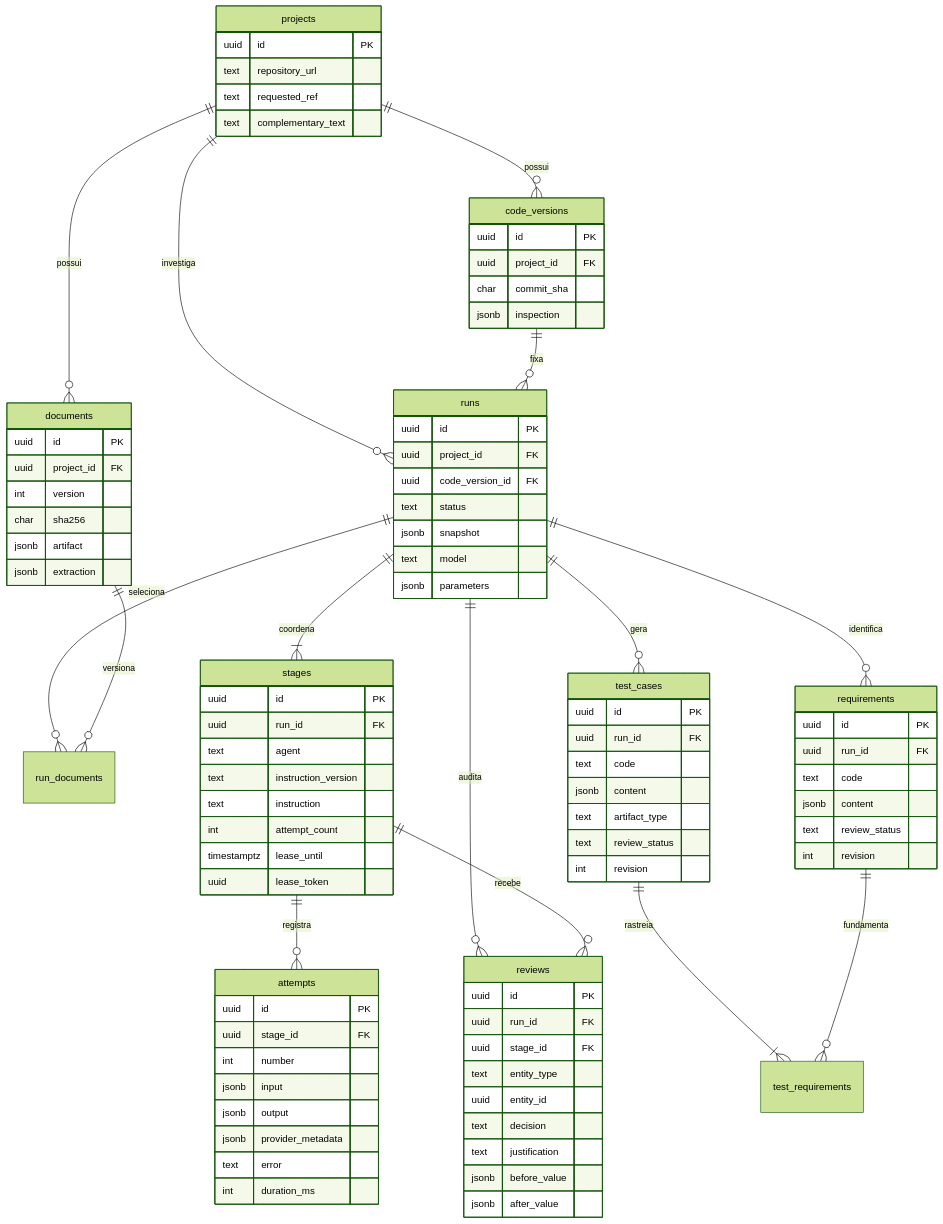
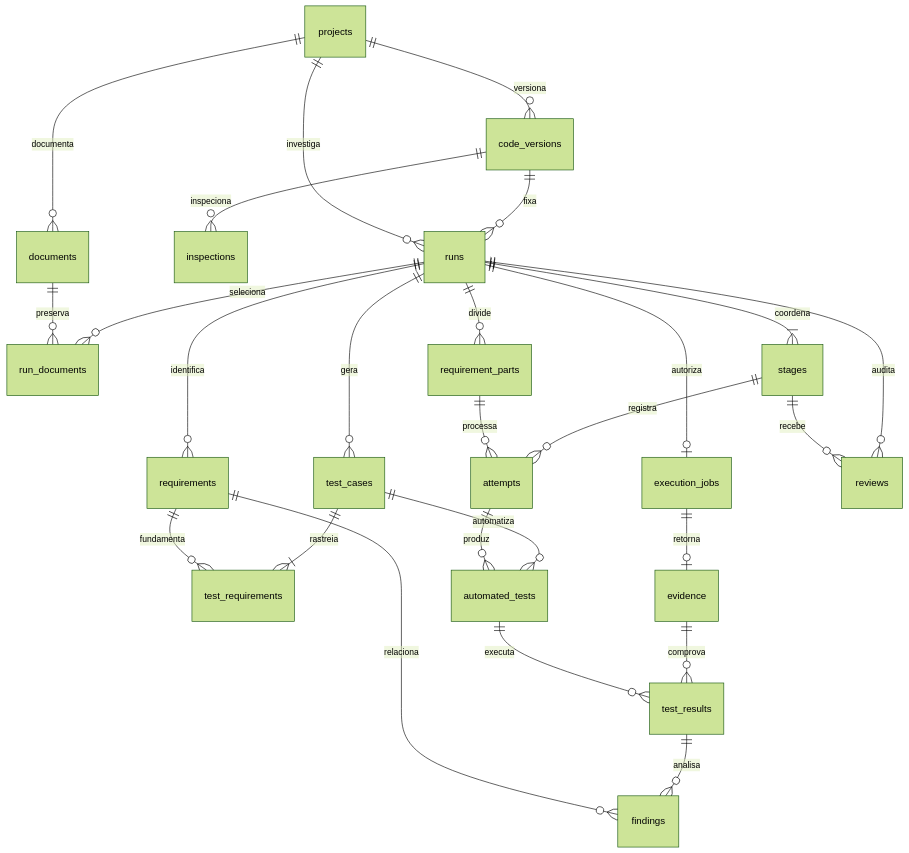
Before and after one commit to lucaasbonfim/tcc: the second of 3 diagrams in docs/ARQUITETURA_PESQUISA.md, drawn with Mermaid (forest theme). The commit also changed other lines of this file and 7 other files, not shown here.

````diff
--- a/docs/ARQUITETURA_PESQUISA.md
+++ b/docs/ARQUITETURA_PESQUISA.md
@@ -33,94 +57,28 @@
 ```mermaid
 erDiagram
-  projects ||--o{ code_versions : possui
-  projects ||--o{ documents : possui
+  projects ||--o{ code_versions : versiona
+  projects ||--o{ documents : documenta
+  code_versions ||--o{ inspections : inspeciona
+  code_versions ||--o{ runs : fixa
   projects ||--o{ runs : investiga
-  code_versions ||--o{ runs : fixa
   runs ||--o{ run_documents : seleciona
-  documents ||--o{ run_documents : versiona
+  documents ||--o{ run_documents : preserva
   runs ||--|{ stages : coordena
   stages ||--o{ attempts : registra
+  runs ||--o{ requirement_parts : divide
+  requirement_parts ||--o{ attempts : processa
   runs ||--o{ requirements : identifica
   runs ||--o{ test_cases : gera
   test_cases ||--|{ test_requirements : rastreia
   requirements ||--o{ test_requirements : fundamenta
+  test_cases ||--o{ automated_tests : automatiza
+  attempts ||--o{ automated_tests : produz
+  runs ||--o| execution_jobs : autoriza
+  execution_jobs ||--o| evidence : retorna
+  evidence ||--o{ test_results : comprova
+  automated_tests ||--o{ test_results : executa
+  test_results ||--o{ findings : analisa
+  requirements ||--o{ findings : relaciona
   runs ||--o{ reviews : audita
   stages ||--o{ reviews : recebe
-  projects {
-    uuid id PK
-    text repository_url
-    text requested_ref
-    text complementary_text
-  }
-  code_versions {
-    uuid id PK
-    uuid project_id FK
-    char commit_sha
-    jsonb inspection
-  }
-  documents {
-    uuid id PK
-    uuid project_id FK
-    int version
-    char sha256
-    jsonb artifact
-    jsonb extraction
-  }
-  runs {
-    uuid id PK
-    uuid project_id FK
-    uuid code_version_id FK
-    text status
-    jsonb snapshot
-    text model
-    jsonb parameters
-  }
-  stages {
-    uuid id PK
-    uuid run_id FK
-    text agent
-    text instruction_version
-    text instruction
-    int attempt_count
-    timestamptz lease_until
-    uuid lease_token
-  }
-  attempts {
-    uuid id PK
-    uuid stage_id FK
-    int number
-    jsonb input
-    jsonb output
-    jsonb provider_metadata
-    text error
-    int duration_ms
-  }
-  requirements {
-    uuid id PK
-    uuid run_id FK
-    text code
-    jsonb content
-    text review_status
-    int revision
-  }
-  test_cases {
-    uuid id PK
-    uuid run_id FK
-    text code
-    jsonb content
-    text artifact_type
-    text review_status
-    int revision
-  }
-  reviews {
-    uuid id PK
-    uuid run_id FK
-    uuid stage_id FK
-    text entity_type
-    uuid entity_id
-    text decision
-    text justification
-    jsonb before_value
-    jsonb after_value
-  }
 ```
````
